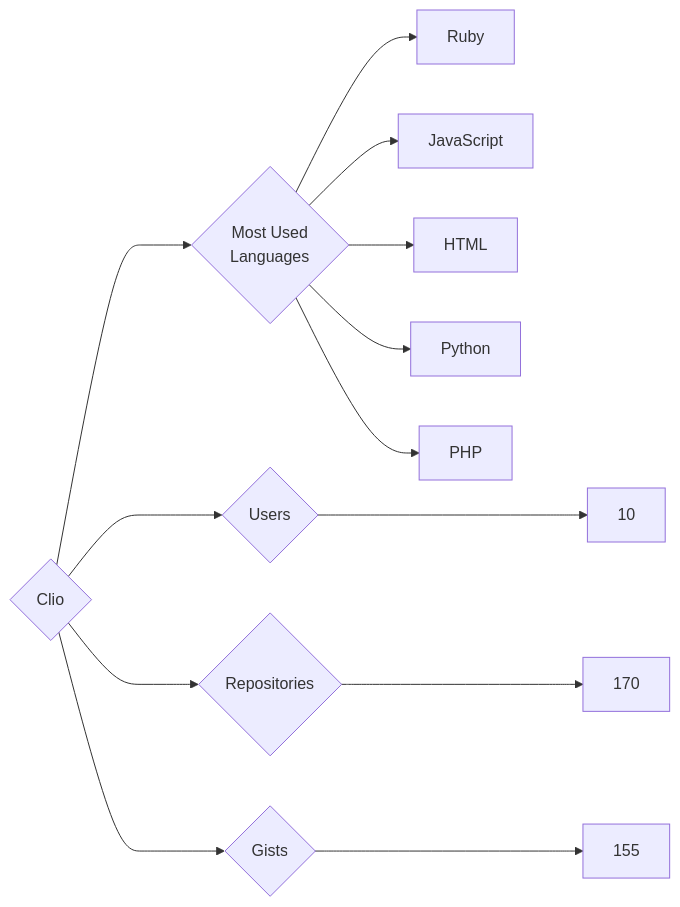
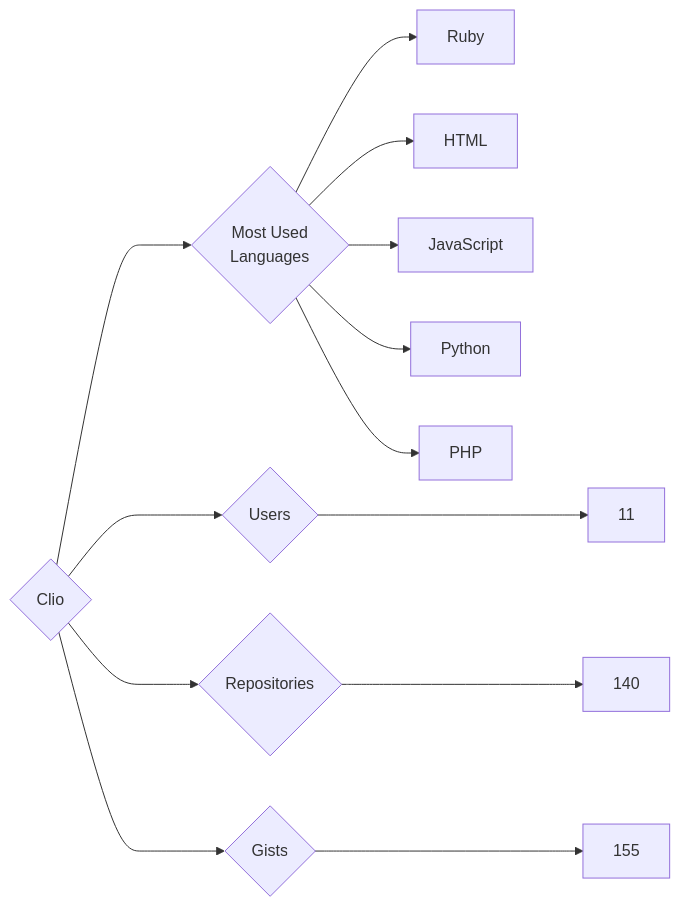
Before and after one commit to trickest/insiders: the diagram in targets/Clio/README.md, drawn with Mermaid. The commit also changed 895 other files, not shown here.

````diff
--- a/targets/Clio/README.md
+++ b/targets/Clio/README.md
@@ -3,13 +3,13 @@
 ```mermaid
 graph LR
 COMPANY_NAME{Clio}
-COMPANY_NAME ---> U{Users} ---> UN[10]
-COMPANY_NAME ---> R{Repositories} ---> RN[170]
+COMPANY_NAME ---> U{Users} ---> UN[11]
+COMPANY_NAME ---> R{Repositories} ---> RN[140]
 COMPANY_NAME ---> G{Gists} ---> GN[155]
 COMPANY_NAME ---> ML{Most Used<br>Languages}
 ML --> Ruby[Ruby]
+ML --> HTML[HTML]
 ML --> JavaScript[JavaScript]
-ML --> HTML[HTML]
 ML --> Python[Python]
 ML --> PHP[PHP]
 ```
````
